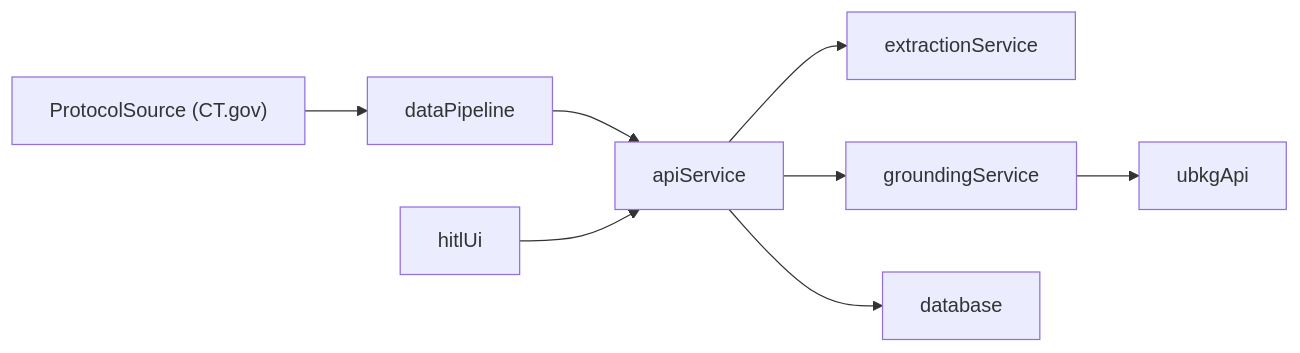
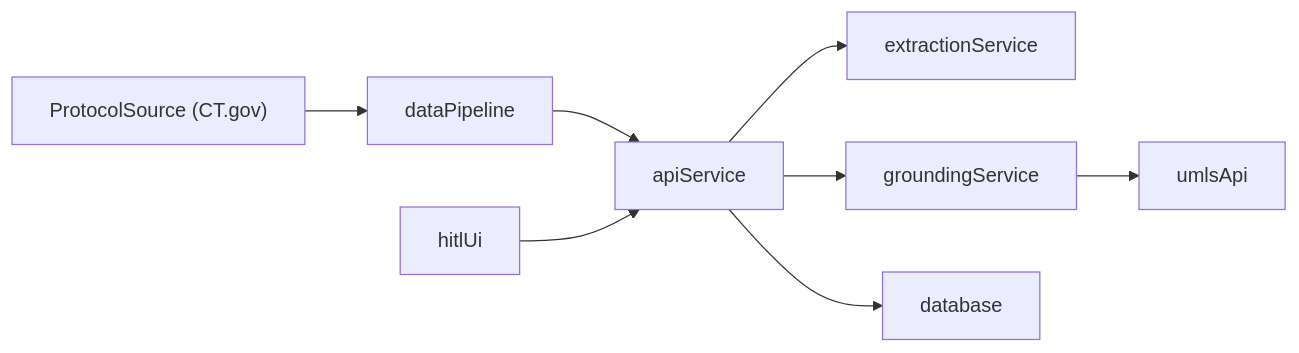
Before and after one commit to ET-NoahDolev/medgemma-hackathon: the diagram in docs/overview/architecture.md, drawn with Mermaid. The commit also changed other lines of this file and 22 other files, not shown here.

Commit message:
Refactor grounding service to replace UBKG with UMLS API for SNOMED grounding; update related documentation and tests accordingly. Enhance README and diagrams to reflect the new integration, and remove UBKG client implementation.

````diff
--- a/docs/overview/architecture.md
+++ b/docs/overview/architecture.md
@@ -5,10 +5,10 @@
 ```mermaid
 flowchart LR
   protocolSource["ProtocolSource (CT.gov)"] --> dataPipeline
   dataPipeline --> apiService
   apiService --> extractionService
   apiService --> groundingService
-  groundingService --> ubkgApi
+  groundingService --> umlsApi
   hitlUi --> apiService
   apiService --> database
 ```
````
